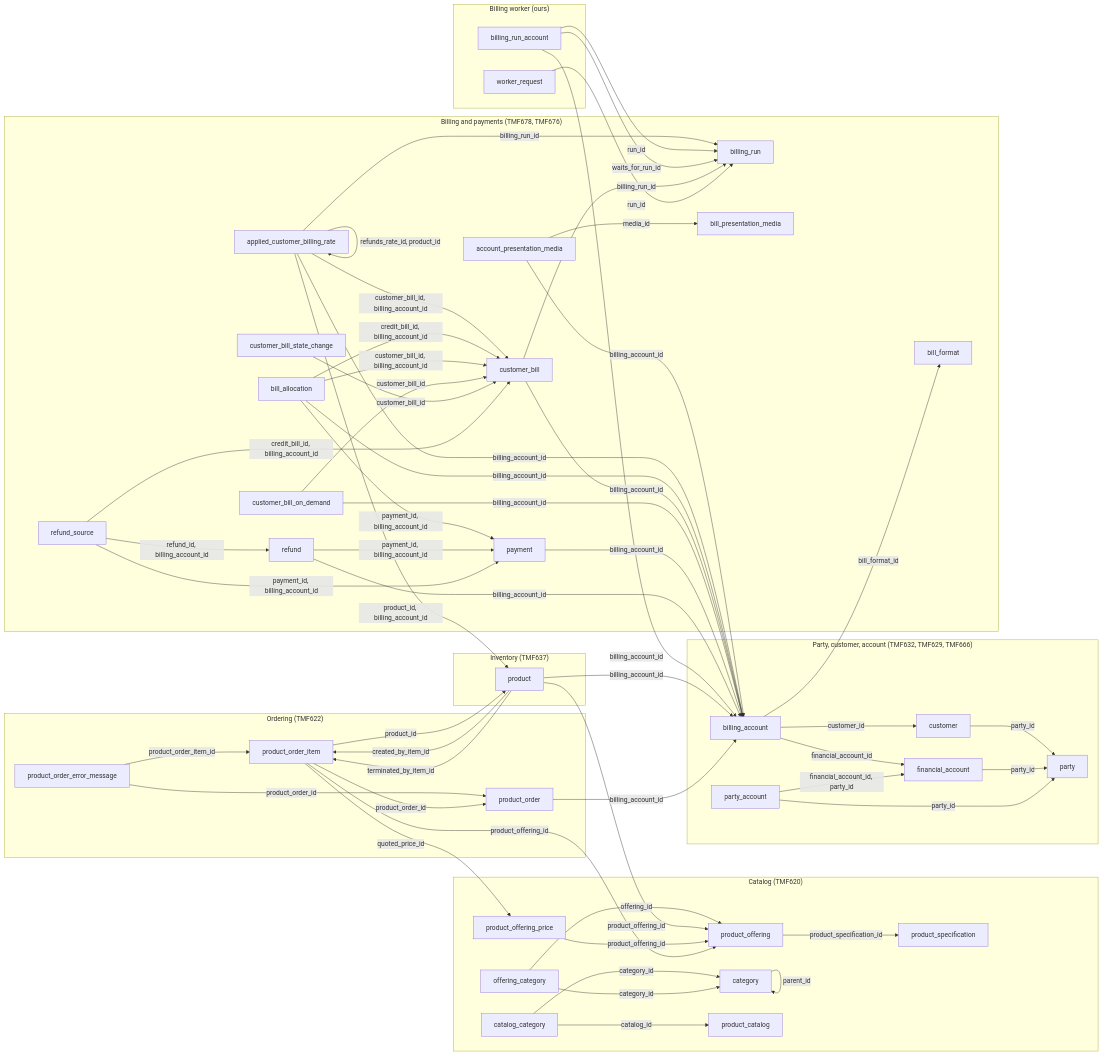
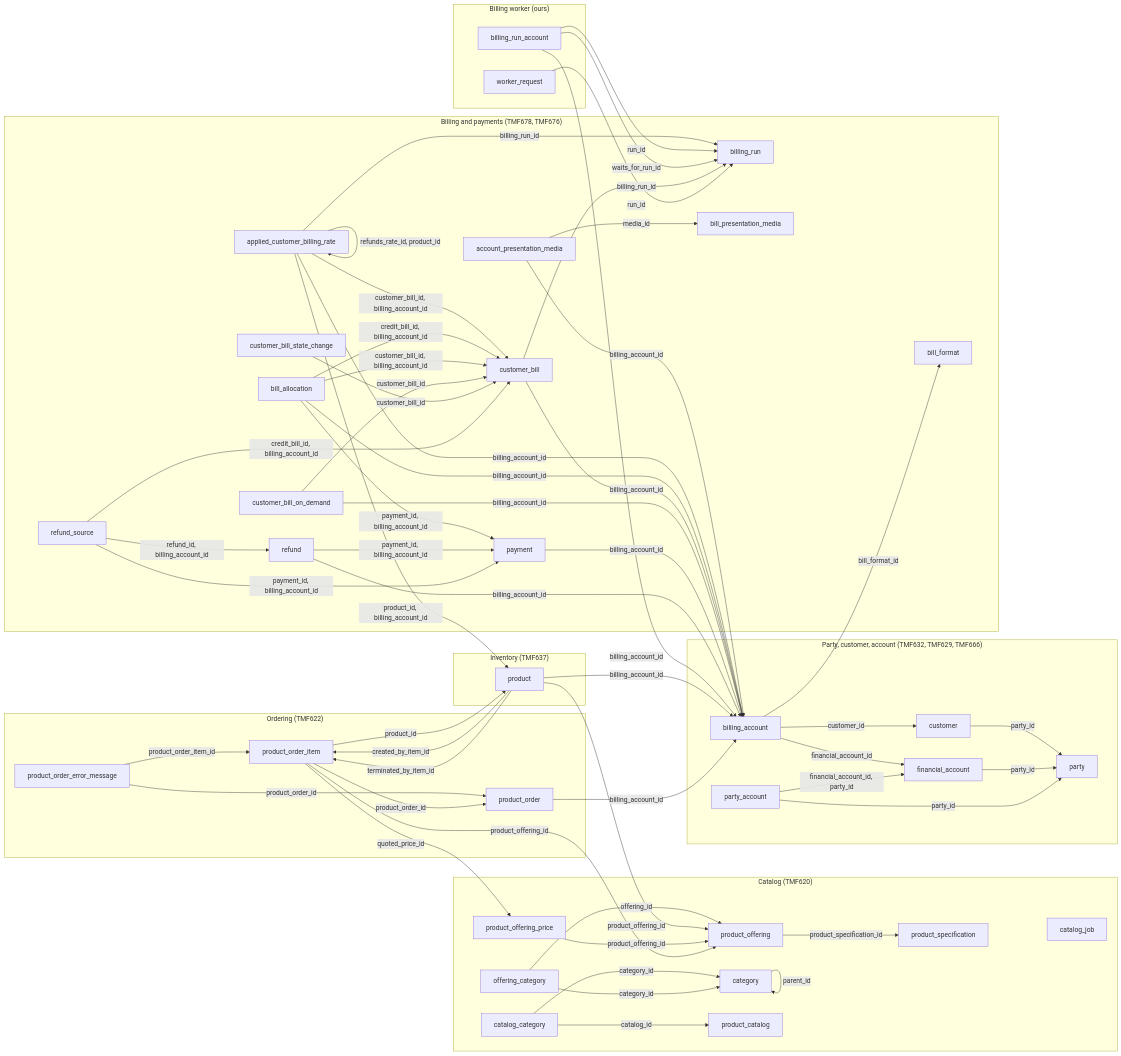
One commit to altharmz/bss changed the first of 7 diagrams in docs/db/README.md. Above: the diagram before and after it, drawn with Mermaid. The commit also changed other lines of this file and 25 other files, not shown here.

```diff
--- a/docs/db/README.md
+++ b/docs/db/README.md
@@ -58,6 +59,7 @@
     product_catalog[product_catalog]
     catalog_category[catalog_category]
     offering_category[offering_category]
+    catalog_job[catalog_job]
   end
   subgraph area_ordering["Ordering (TMF622)"]
     product_order[product_order]
```
